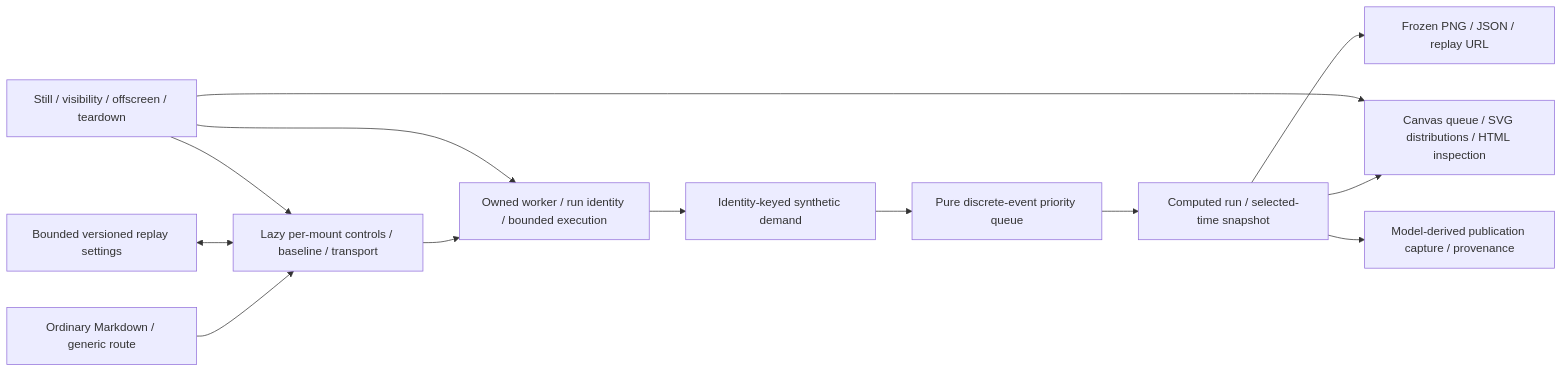
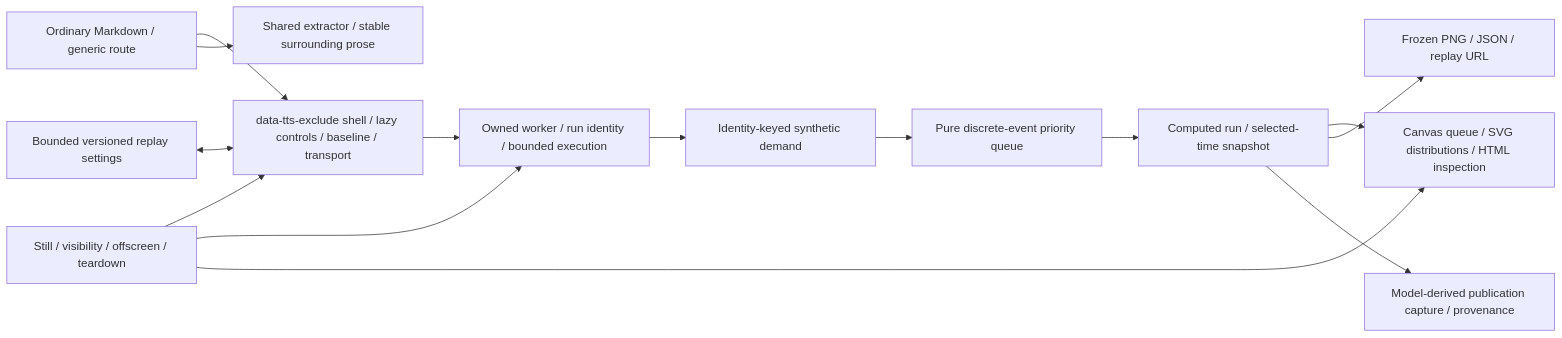
One commit to suvrotica/suvroghosh-in changed diagram 11 of 15 in docs/architecture/ARCHITECTURE.md. Above: the diagram before and after it, drawn with Mermaid. The commit also changed other lines of this file and 8 other files, not shown here.

````diff
--- a/docs/architecture/ARCHITECTURE.md
+++ b/docs/architecture/ARCHITECTURE.md
@@ -387,15 +389,16 @@
 ```mermaid
 flowchart LR
-    Article["Ordinary Markdown / generic route"] --> Shell["Lazy per-mount controls / baseline / transport"]
+    Article["Ordinary Markdown / generic route"] --> Shell["data-tts-exclude shell / lazy controls / baseline / transport"]
+    Article --> Narration["Shared extractor / stable surrounding prose"]
     URL["Bounded versioned replay settings"] <--> Shell
     Shell --> Worker["Owned worker / run identity / bounded execution"]
     Worker --> Demand["Identity-keyed synthetic demand"]
     Demand --> Events["Pure discrete-event priority queue"]
     Events --> Run["Computed run / selected-time snapshot"]
     Run --> View["Canvas queue / SVG distributions / HTML inspection"]
     Run --> Receipt["Frozen PNG / JSON / replay URL"]
     Run --> Capture["Model-derived publication capture / provenance"]
     Lifecycle["Still / visibility / offscreen / teardown"] --> Shell
     Lifecycle --> Worker
     Lifecycle --> View
 ```
````
